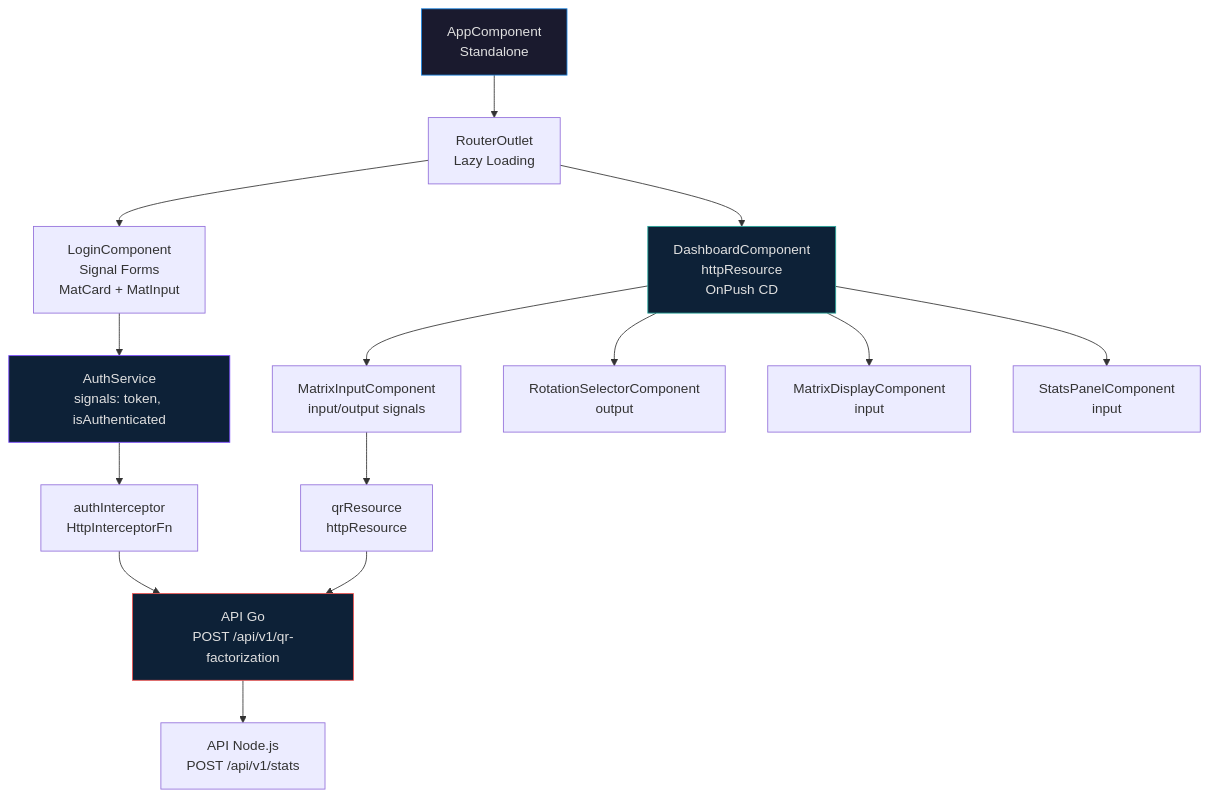
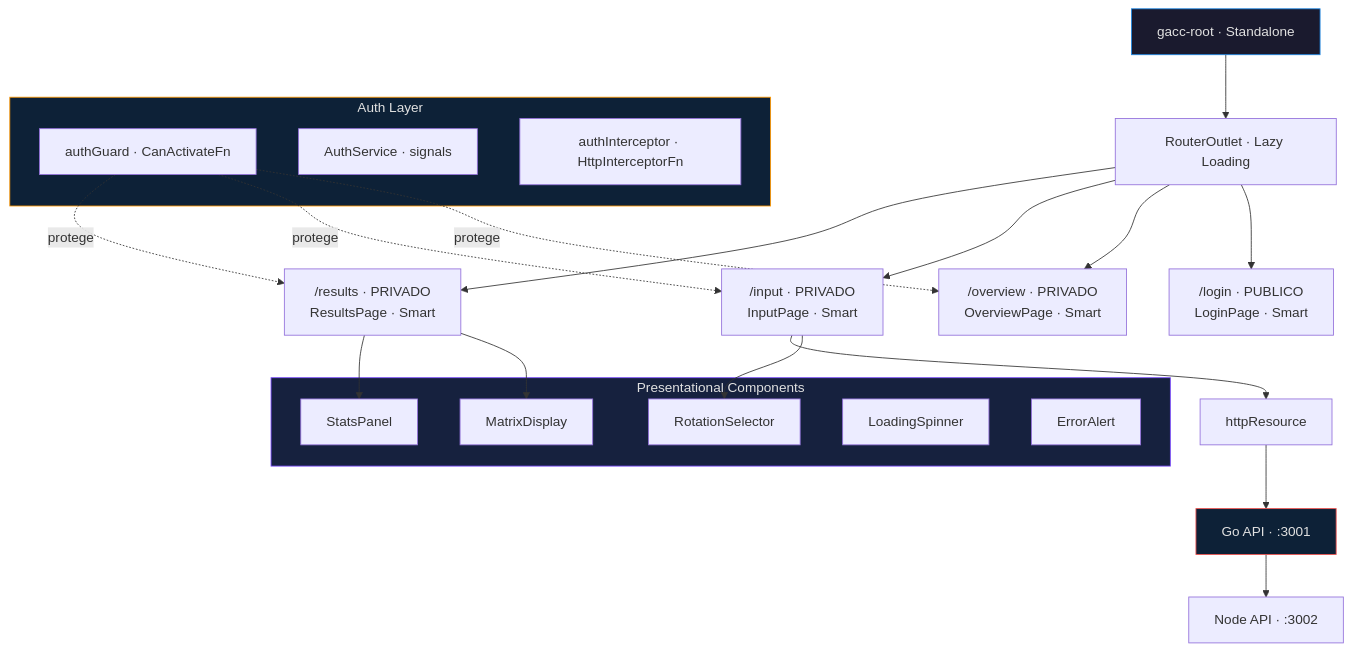
The first of 3 diagrams in docs/specs/frontend.md (gacc94/coding-challenge), drawn with Mermaid before and after one commit. The commit also changed other lines of this file and 68 other files, not shown here.

````diff
--- a/docs/specs/frontend.md
+++ b/docs/specs/frontend.md
@@ -19,27 +28,41 @@
 ```mermaid
 graph TD
-    App["AppComponent<br/>Standalone"]
-    App --> Router["RouterOutlet<br/>Lazy Loading"]
-    
-    Router --> Login["LoginComponent<br/>Signal Forms<br/>MatCard + MatInput"]
-    Router --> Dashboard["DashboardComponent<br/>httpResource<br/>OnPush CD"]
-    
-    Login --> AuthService["AuthService<br/>signals: token, isAuthenticated"]
-    
-    Dashboard --> MatrixInput["MatrixInputComponent<br/>input/output signals"]
-    Dashboard --> RotationSelector["RotationSelectorComponent<br/>output<string>"]
-    Dashboard --> MatrixDisplay["MatrixDisplayComponent<br/>input<number[][]>"]
-    Dashboard --> StatsPanel["StatsPanelComponent<br/>input<StatsResponse>"]
-    
-    MatrixInput --> QRService["qrResource<br/>httpResource<QRResponse>"]
-    QRService --> GoAPI["API Go<br/>POST /api/v1/qr-factorization"]
-    GoAPI --> NodeAPI["API Node.js<br/>POST /api/v1/stats"]
-    
-    AuthService --> AuthInterceptor["authInterceptor<br/>HttpInterceptorFn"]
-    AuthInterceptor --> GoAPI
-    
+    App["gacc-root · Standalone"]
+    App --> Router["RouterOutlet · Lazy Loading"]
+
+    Router --> Login["/login · PUBLICO<br/>LoginPage · Smart"]
+    Router --> Overview["/overview · PRIVADO<br/>OverviewPage · Smart"]
+    Router --> Input["/input · PRIVADO<br/>InputPage · Smart"]
+    Router --> Results["/results · PRIVADO<br/>ResultsPage · Smart"]
+
+    subgraph Auth["Auth Layer"]
+        AuthGuard["authGuard · CanActivateFn"]
+        AuthService["AuthService · signals"]
+        AuthInterceptor["authInterceptor · HttpInterceptorFn"]
+    end
+
+    subgraph Dumb["Presentational Components"]
+        RotationSelector["RotationSelector"]
+        MatrixDisplay["MatrixDisplay"]
+        StatsPanel["StatsPanel"]
+        LoadingSpinner["LoadingSpinner"]
+        ErrorAlert["ErrorAlert"]
+    end
+
+    AuthGuard -.->|protege| Overview
+    AuthGuard -.->|protege| Input
+    AuthGuard -.->|protege| Results
+
+    Input --> RotationSelector
+    Results --> MatrixDisplay
+    Results --> StatsPanel
+
+    Input --> QrResource["httpResource"]
+    QrResource --> GoAPI["Go API · :3001"]
+    GoAPI --> NodeAPI["Node API · :3002"]
+
     style App fill:#1a1a2e,stroke:#1e88e5,color:#e0e0e0
-    style Dashboard fill:#0d2137,stroke:#26a69a,color:#e0e0e0
-    style AuthService fill:#0d2137,stroke:#7c4dff,color:#e0e0e0
+    style Auth fill:#0d2137,stroke:#ff9800,color:#e0e0e0
+    style Dumb fill:#16213e,stroke:#7c4dff,color:#e0e0e0
     style GoAPI fill:#0d2137,stroke:#ef5350,color:#e0e0e0
 ```
````
